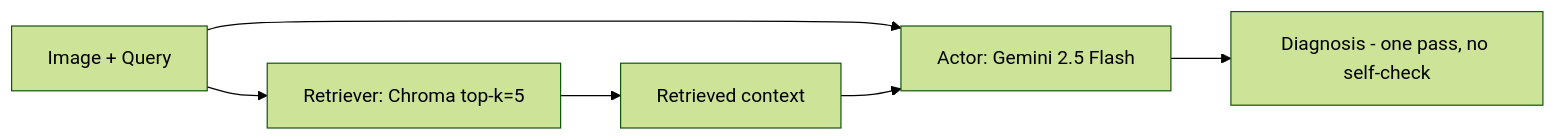
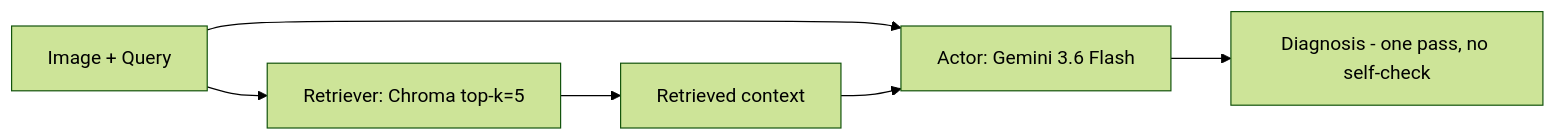
One commit to bhattaraibishal50/rag_reflection_loop changed the first of 3 diagrams in REPORT.md. Above: the diagram before and after it, drawn with Mermaid (forest theme). The commit also changed other lines of this file and 2 other files, not shown here.

First line of the commit message:
fix(models): migrate to gemini-3.6-flash — 2.5 is 404 on new projects

````diff
--- a/REPORT.md
+++ b/REPORT.md
@@ -143,8 +143,8 @@
 ```mermaid
 flowchart LR
     Q[Image + Query] --> R[Retriever: Chroma top-k=5]
     R --> C[Retrieved context]
-    Q --> A[Actor: Gemini 2.5 Flash]
+    Q --> A[Actor: Gemini 3.6 Flash]
     C --> A
     A --> D[Diagnosis - one pass, no self-check]
 ```
````
